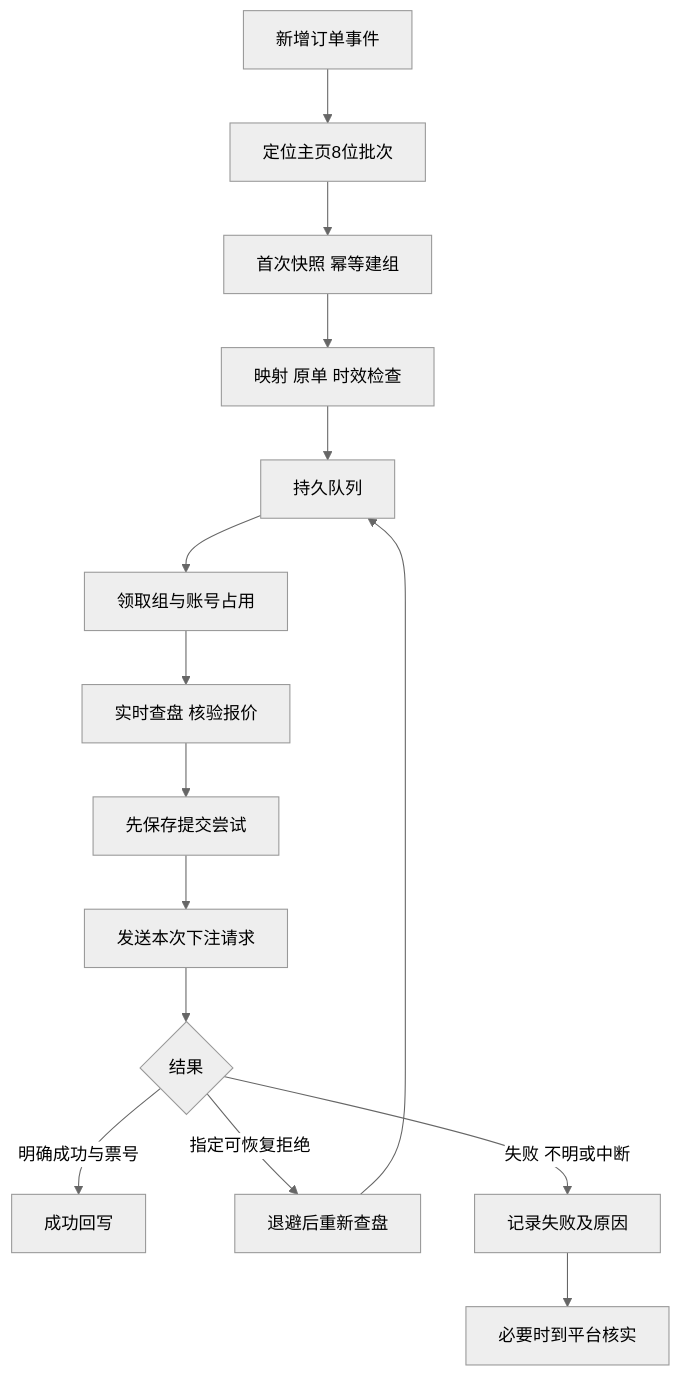
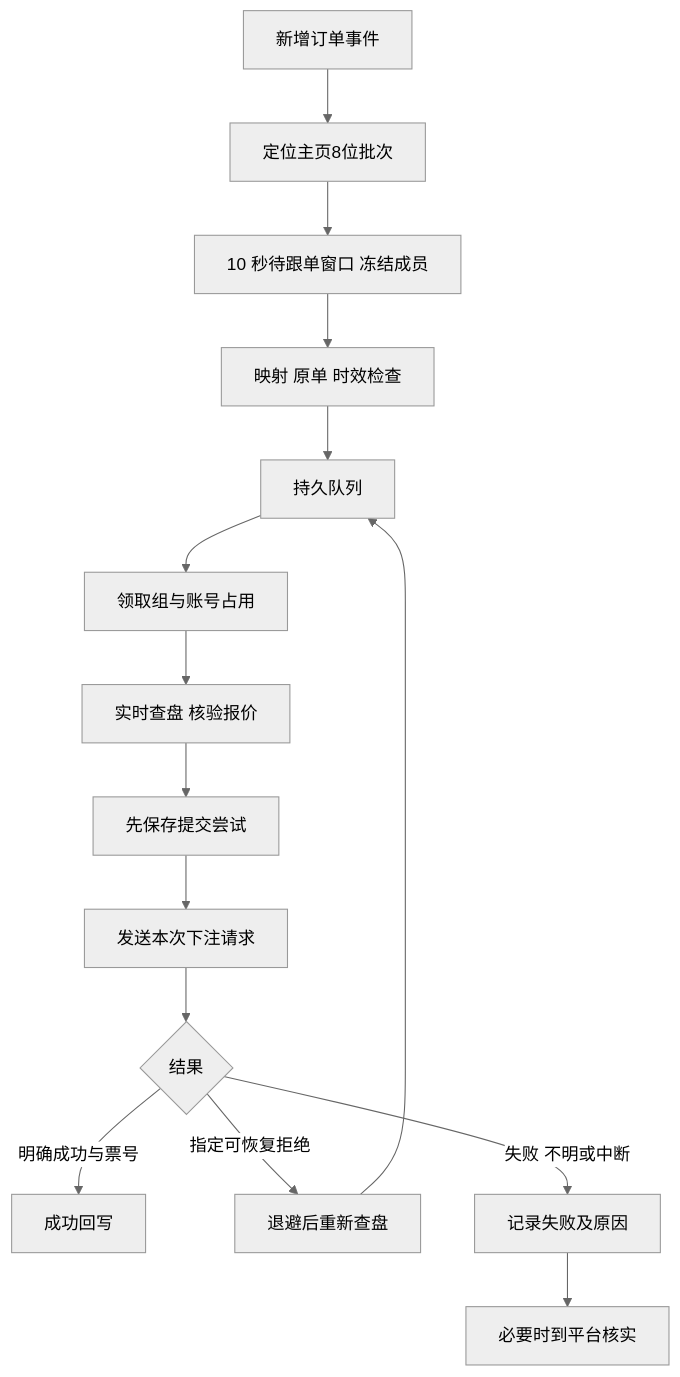
One commit to zsc5200x/HD-ps38P changed the diagram in docs/FOLLOW_EXECUTION.md. Above: the diagram before and after it, drawn with Mermaid (neutral theme). The commit also changed other lines of this file and 57 other files, not shown here.

````diff
--- a/docs/FOLLOW_EXECUTION.md
+++ b/docs/FOLLOW_EXECUTION.md
@@ -18,17 +18,17 @@
 ```mermaid
 flowchart TD
     A[新增订单事件] --> B[定位主页8位批次]
-    B --> C[首次快照 幂等建组]
+    B --> C[10 秒待跟单窗口 冻结成员]
     C --> D[映射 原单 时效检查]
     D --> E[持久队列]
     E --> F[领取组与账号占用]
     F --> G[实时查盘 核验报价]
     G --> H[先保存提交尝试]
     H --> I[发送本次下注请求]
     I --> J{结果}
     J -->|明确成功与票号| K[成功回写]
     J -->|指定可恢复拒绝| L[退避后重新查盘]
     L --> E
     J -->|失败 不明或中断| M[记录失败及原因]
     M --> N[必要时到平台核实]
 ```
````
